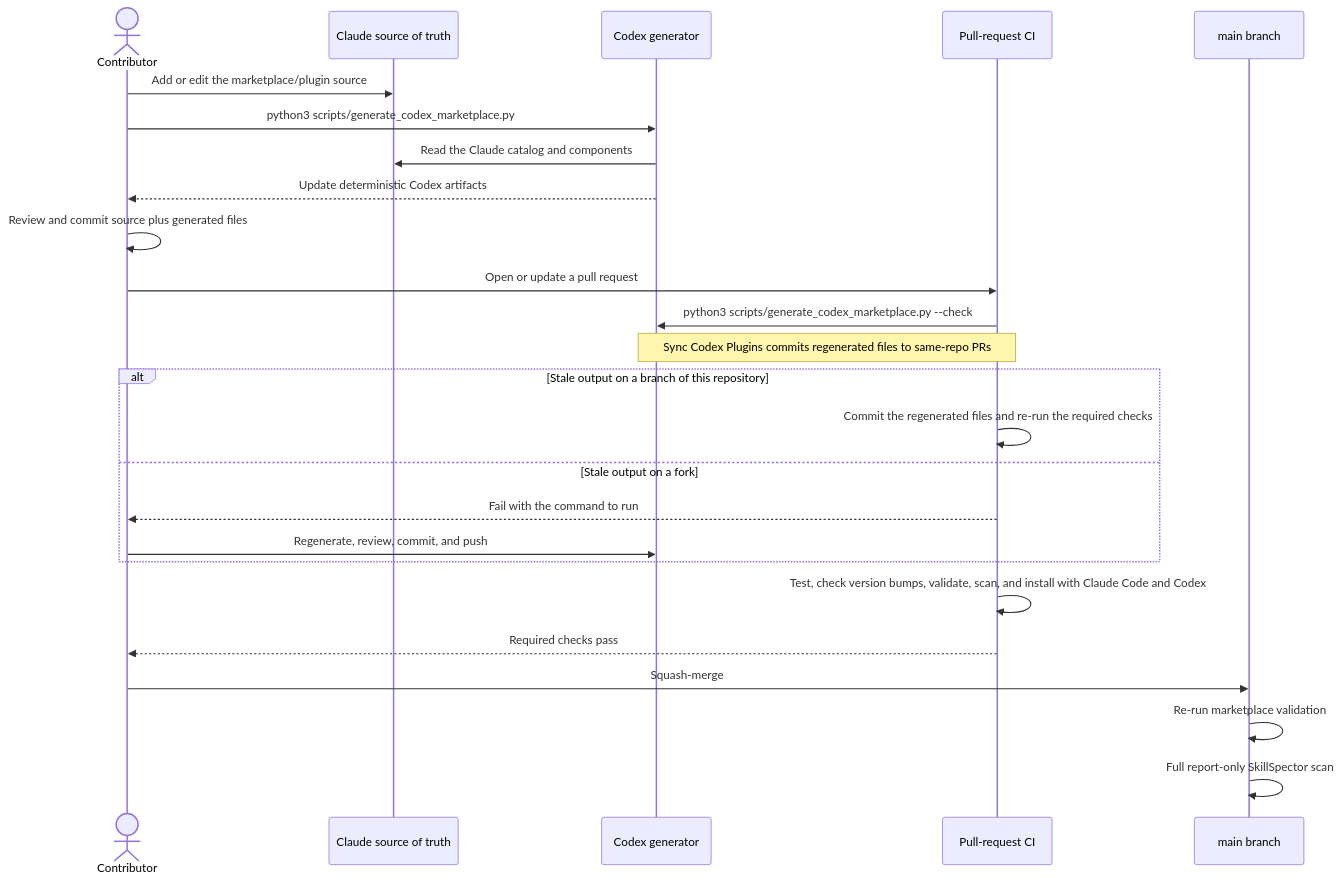
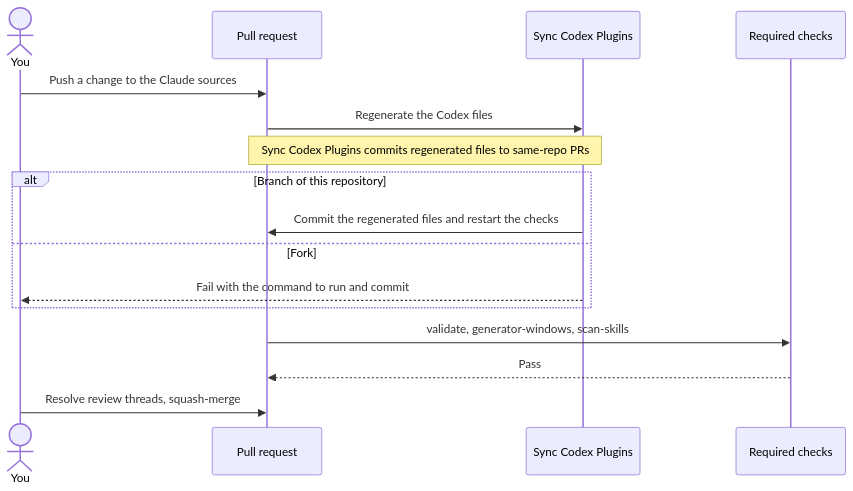
Before and after one commit to StackOneHQ/powerful-plugins: the second of 2 diagrams in README.md, drawn with Mermaid. The commit also changed other lines of this file and 6 other files, not shown here.

````diff
--- a/README.md
+++ b/README.md
@@ -107,28 +108,18 @@
 ```mermaid
 sequenceDiagram
-  actor Contributor
-  participant Source as Claude source of truth
-  participant Generator as Codex generator
-  participant PR as Pull-request CI
-  participant Main as main branch
-
-  Contributor->>Source: Add or edit the marketplace/plugin source
-  Contributor->>Generator: python3 scripts/generate_codex_marketplace.py
-  Generator->>Source: Read the Claude catalog and components
-  Generator-->>Contributor: Update deterministic Codex artifacts
-  Contributor->>Contributor: Review and commit source plus generated files
-  Contributor->>PR: Open or update a pull request
-  PR->>Generator: python3 scripts/generate_codex_marketplace.py --check
-  Note over Generator,PR: Sync Codex Plugins commits regenerated files to same-repo PRs
-  alt Stale output on a branch of this repository
-    PR->>PR: Commit the regenerated files and re-run the required checks
-  else Stale output on a fork
-    PR-->>Contributor: Fail with the command to run
-    Contributor->>Generator: Regenerate, review, commit, and push
+  actor You
+  participant PR as Pull request
+  participant Sync as Sync Codex Plugins
+  participant CI as Required checks
+  You->>PR: Push a change to the Claude sources
+  PR->>Sync: Regenerate the Codex files
+  Note over Sync,PR: Sync Codex Plugins commits regenerated files to same-repo PRs
+  alt Branch of this repository
+    Sync->>PR: Commit the regenerated files and restart the checks
+  else Fork
+    Sync-->>You: Fail with the command to run and commit
   end
-  PR->>PR: Test, check version bumps, validate, scan, and install with Claude Code and Codex
-  PR-->>Contributor: Required checks pass
-  Contributor->>Main: Squash-merge
-  Main->>Main: Re-run marketplace validation
-  Main->>Main: Full report-only SkillSpector scan
+  PR->>CI: validate, generator-windows, scan-skills
+  CI-->>PR: Pass
+  You->>PR: Resolve review threads, squash-merge
 ```
````
